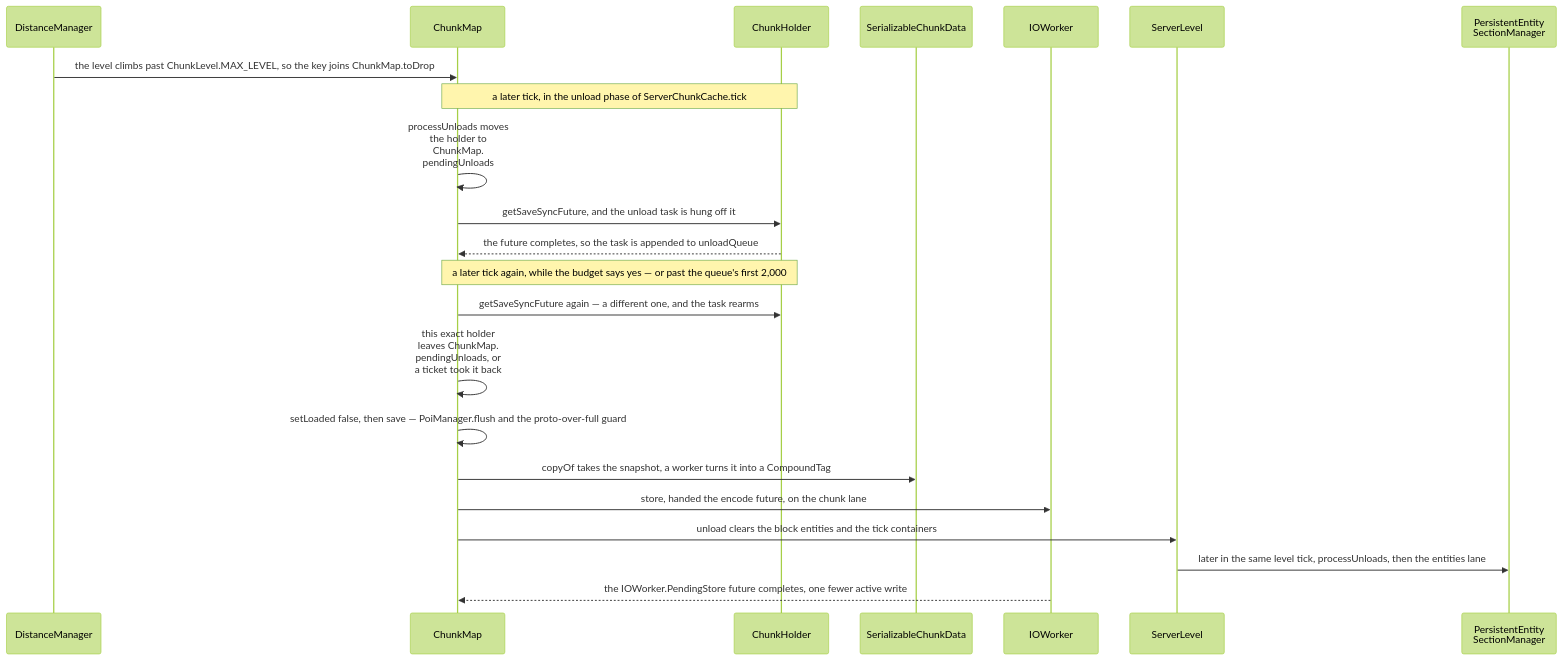
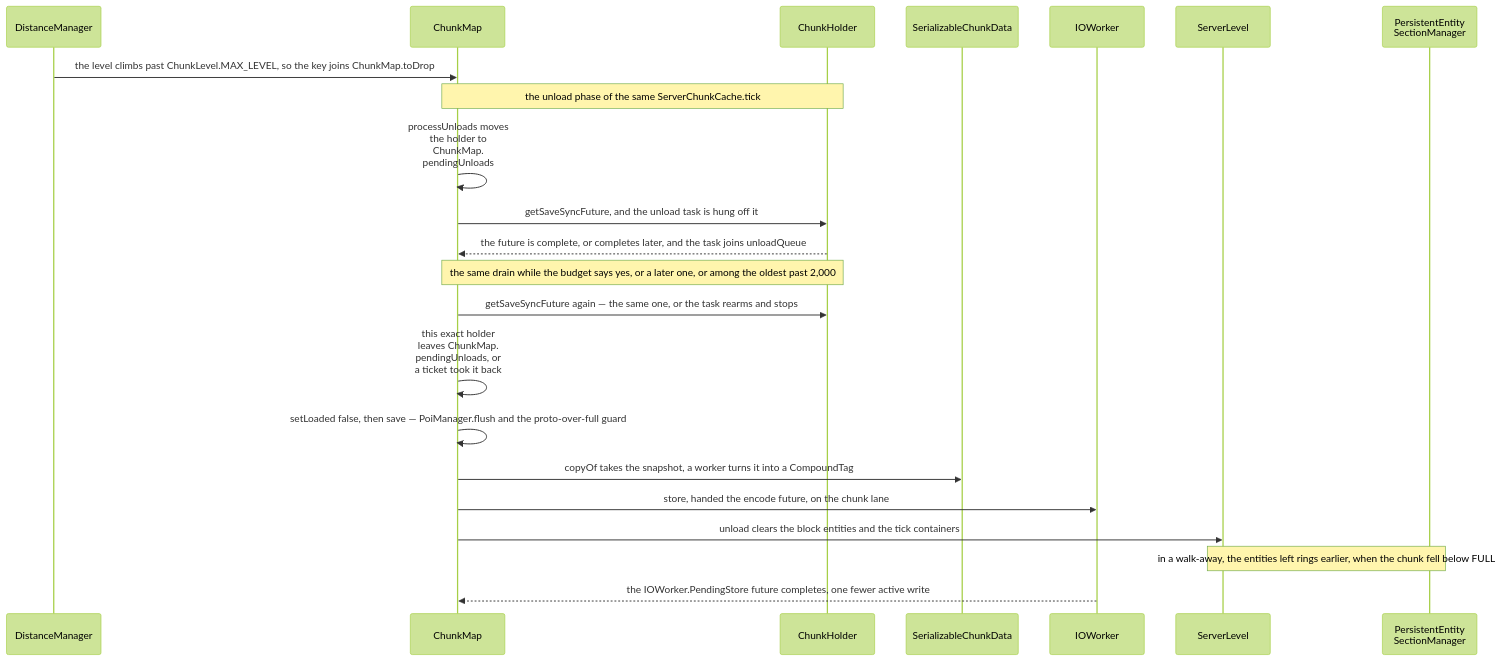
The second of 3 diagrams in src/systems/world/chunk-storage.md (AlexanderjFraser/MinecraftDocs), drawn with Mermaid (forest theme) before and after one commit. The commit also changed other lines of this file and 20 other files, not shown here.

````diff
--- a/src/systems/world/chunk-storage.md
+++ b/src/systems/world/chunk-storage.md
@@ -171,25 +179,25 @@
 ```mermaid
 sequenceDiagram
     participant DM as DistanceManager
     participant CM as ChunkMap
     participant CH as ChunkHolder
     participant SCD as SerializableChunkData
     participant IOW as IOWorker
     participant SL as ServerLevel
     participant PESM as PersistentEntity<br/>SectionManager
 
     DM->>CM: the level climbs past ChunkLevel.MAX_LEVEL, so the key joins ChunkMap.toDrop
-    Note over CM,CH: a later tick, in the unload phase of ServerChunkCache.tick
+    Note over CM,CH: the unload phase of the same ServerChunkCache.tick
     CM->>CM: processUnloads moves<br/>the holder to<br/>ChunkMap.<br/>pendingUnloads
     CM->>CH: getSaveSyncFuture, and the unload task is hung off it
-    CH-->>CM: the future completes, so the task is appended to unloadQueue
-    Note over CM,CH: a later tick again, while the budget says yes — or past the queue's first 2,000
-    CM->>CH: getSaveSyncFuture again — a different one, and the task rearms
+    CH-->>CM: the future is complete, or completes later, and the task joins unloadQueue
+    Note over CM,CH: the same drain while the budget says yes, or a later one, or among the oldest past 2,000
+    CM->>CH: getSaveSyncFuture again — the same one, or the task rearms and stops
     CM->>CM: this exact holder<br/>leaves ChunkMap.<br/>pendingUnloads, or<br/>a ticket took it back
     CM->>CM: setLoaded false, then save — PoiManager.flush and the proto-over-full guard
     CM->>SCD: copyOf takes the snapshot, a worker turns it into a CompoundTag
     CM->>IOW: store, handed the encode future, on the chunk lane
     CM->>SL: unload clears the block entities and the tick containers
-    SL->>PESM: later in the same level tick, processUnloads, then the entities lane
+    Note over SL,PESM: in a walk-away, the entities left rings earlier, when the chunk fell below FULL
     IOW-->>CM: the IOWorker.PendingStore future completes, one fewer active write
 ```
````
